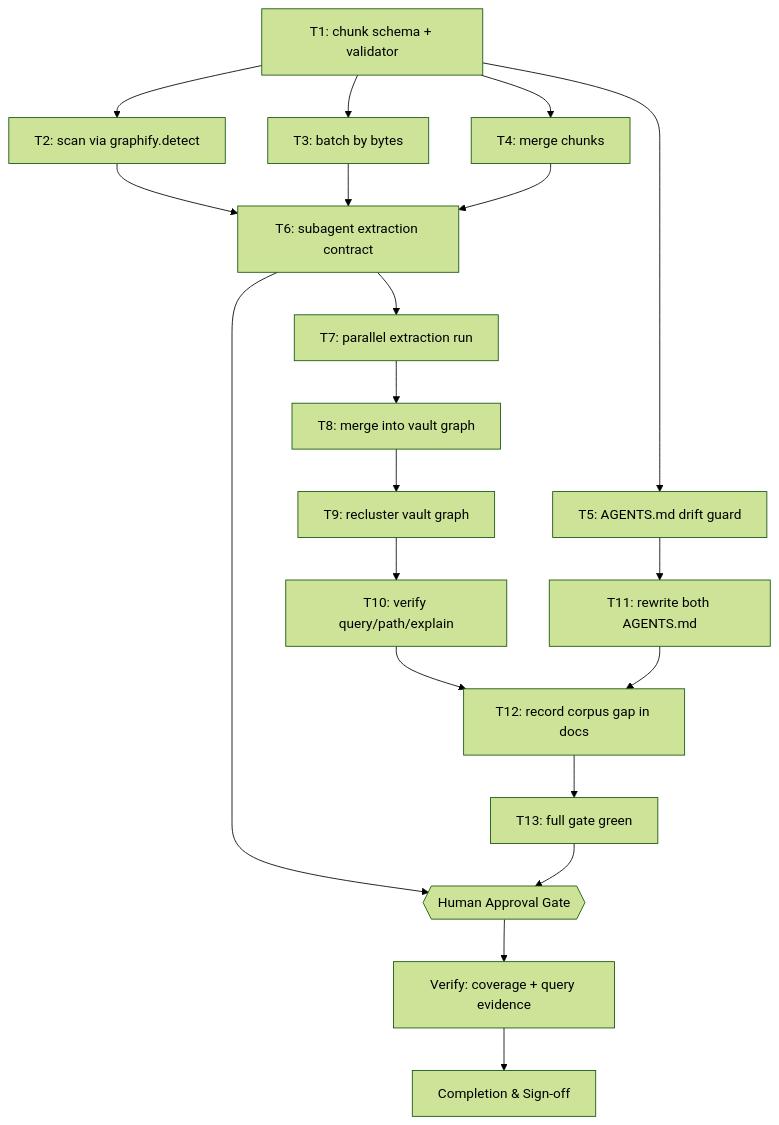
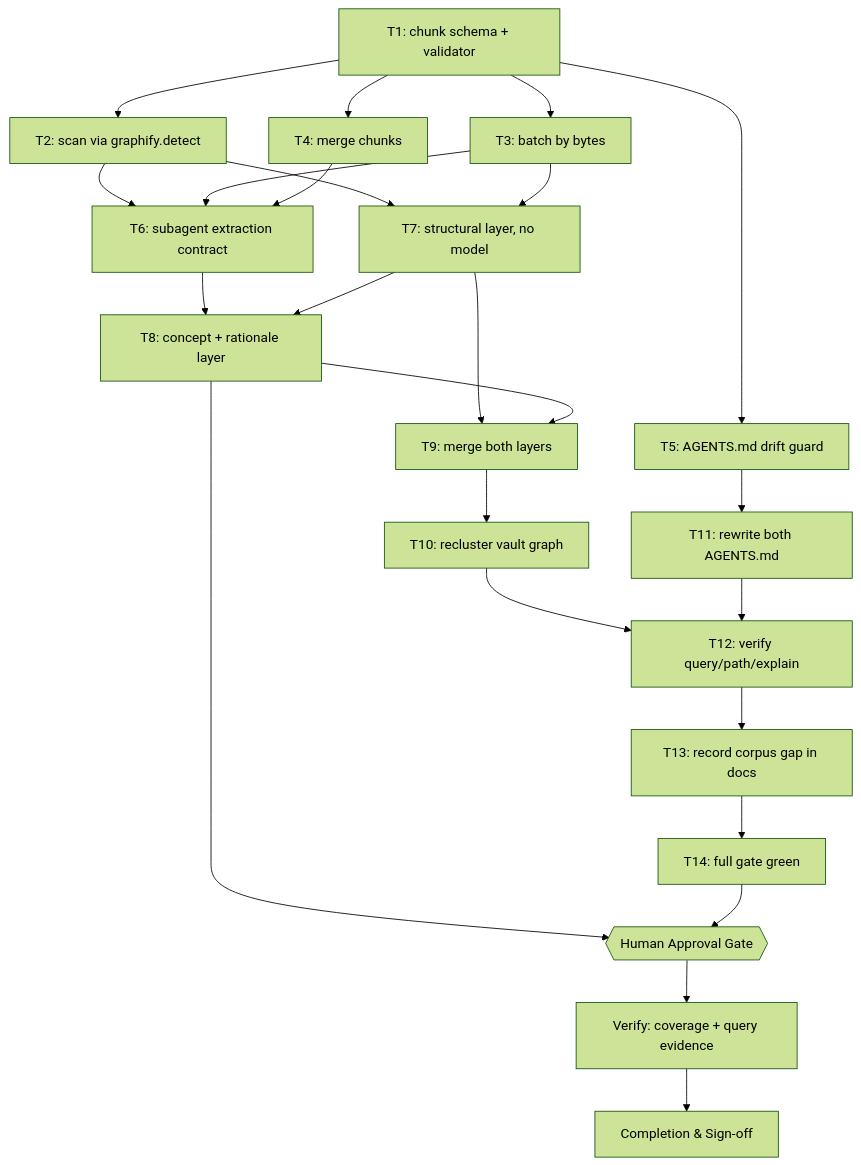
Before and after one commit to belajarcarabelajar/ai-skills: the first of 2 diagrams in docs/code-plan/plans/2026-10-02-subagent-driven-vault-index.md, drawn with Mermaid (forest theme). The commit also changed other lines of this file and 12 other files, not shown here.

````diff
--- a/docs/code-plan/plans/2026-10-02-subagent-driven-vault-index.md
+++ b/docs/code-plan/plans/2026-10-02-subagent-driven-vault-index.md
@@ -216,24 +229,28 @@
 ```mermaid
 flowchart TD
     accTitle: Subagent-driven vault index implementation plan
-    accDescr: Four independent tooling tasks build the chunk schema, the scanner, the batcher, the merger and the drift guard. A prose contract task and the parallel extraction run follow, then the merge and recluster write the vault graph. A verification task and the AGENTS.md repair run in parallel, and a documentation task and the final full gate close the plan behind a human approval gate.
+    accDescr: Five independent tooling tasks build the chunk schema, the scanner, the batcher, the merger and the drift guard. A structural extractor needs no model, so it runs in parallel with the subagent contract. The concept and rationale layer then runs by subagent, both layers merge, the graph is reclustered, and verification and the AGENTS.md repair converge before documentation and the final full gate close the plan behind a human approval gate.
     T1["T1: chunk schema + validator"] --> T2["T2: scan via graphify.detect"]
     T1 --> T3["T3: batch by bytes"]
     T1 --> T4["T4: merge chunks"]
     T1 --> T5["T5: AGENTS.md drift guard"]
     T2 --> T6["T6: subagent extraction contract"]
     T3 --> T6
     T4 --> T6
-    T6 --> T7["T7: parallel extraction run"]
-    T7 --> T8["T8: merge into vault graph"]
-    T8 --> T9["T9: recluster vault graph"]
-    T9 --> T10["T10: verify query/path/explain"]
+    T2 --> T7["T7: structural layer, no model"]
+    T3 --> T7
+    T6 --> T8["T8: concept + rationale layer"]
+    T7 --> T8
+    T7 --> T9["T9: merge both layers"]
+    T8 --> T9
+    T9 --> T10["T10: recluster vault graph"]
+    T10 --> T12["T12: verify query/path/explain"]
     T5 --> T11["T11: rewrite both AGENTS.md"]
-    T10 --> T12["T12: record corpus gap in docs"]
     T11 --> T12
-    T12 --> T13["T13: full gate green"]
-    T6 --> Gate{{"Human Approval Gate"}}
-    T13 --> Gate
+    T12 --> T13["T13: record corpus gap in docs"]
+    T13 --> T14["T14: full gate green"]
+    T8 --> Gate{{"Human Approval Gate"}}
+    T14 --> Gate
     Gate --> Verify["Verify: coverage + query evidence"]
     Verify --> Finish["Completion & Sign-off"]
 ```
````
